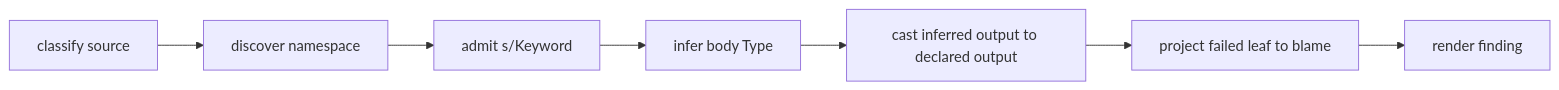
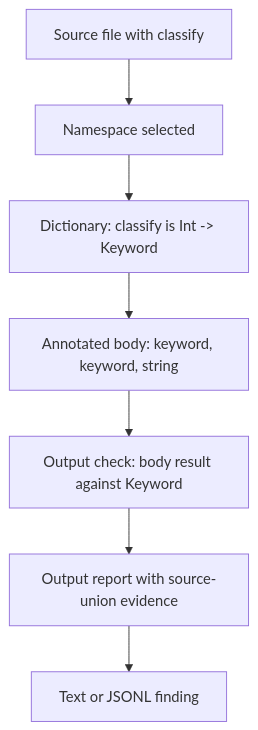
Before and after one commit to nomicflux/skeptic: the diagram in skeptic/docs/walkthrough/01-pipeline-tour.md, drawn with Mermaid. The commit also changed other lines of this file and 12 other files, not shown here.

````diff
--- a/skeptic/docs/walkthrough/01-pipeline-tour.md
+++ b/skeptic/docs/walkthrough/01-pipeline-tour.md
@@ -63,9 +165,9 @@
 ```mermaid
-flowchart LR
-  source[classify source] --> discovery[discover namespace]
-  discovery --> admission[admit s/Keyword]
-  admission --> annotation[infer body Type]
-  annotation --> checking[cast inferred output to declared output]
-  checking --> blame[project failed leaf to blame]
-  blame --> output[render finding]
+flowchart TD
+  file[Source file with classify] --> ns[Namespace selected]
+  ns --> dict[Dictionary: classify is Int -> Keyword]
+  dict --> ast[Annotated body: keyword, keyword, string]
+  ast --> cast[Output check: body result against Keyword]
+  cast --> report[Output report with source-union evidence]
+  report --> text[Text or JSONL finding]
 ```
````
